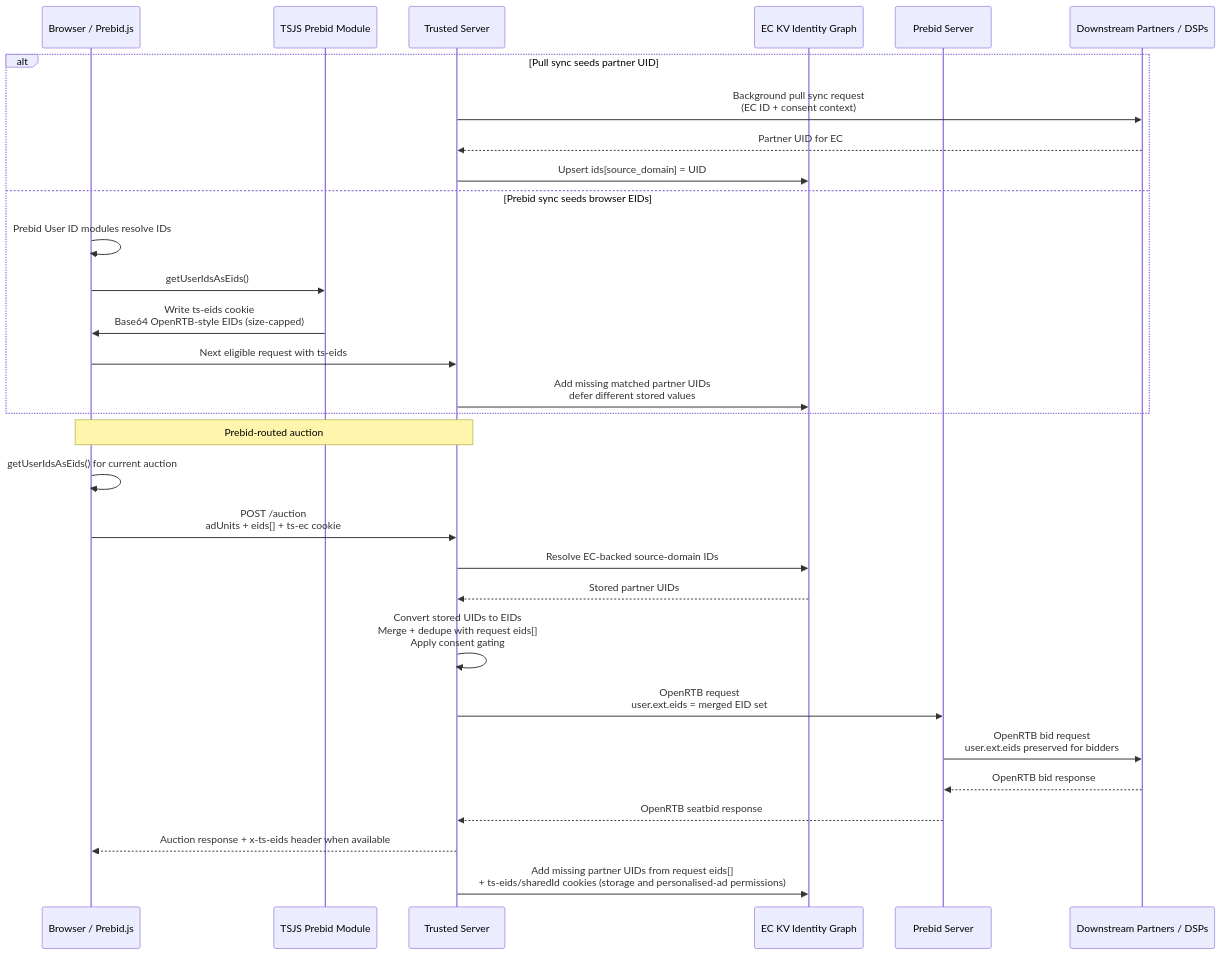
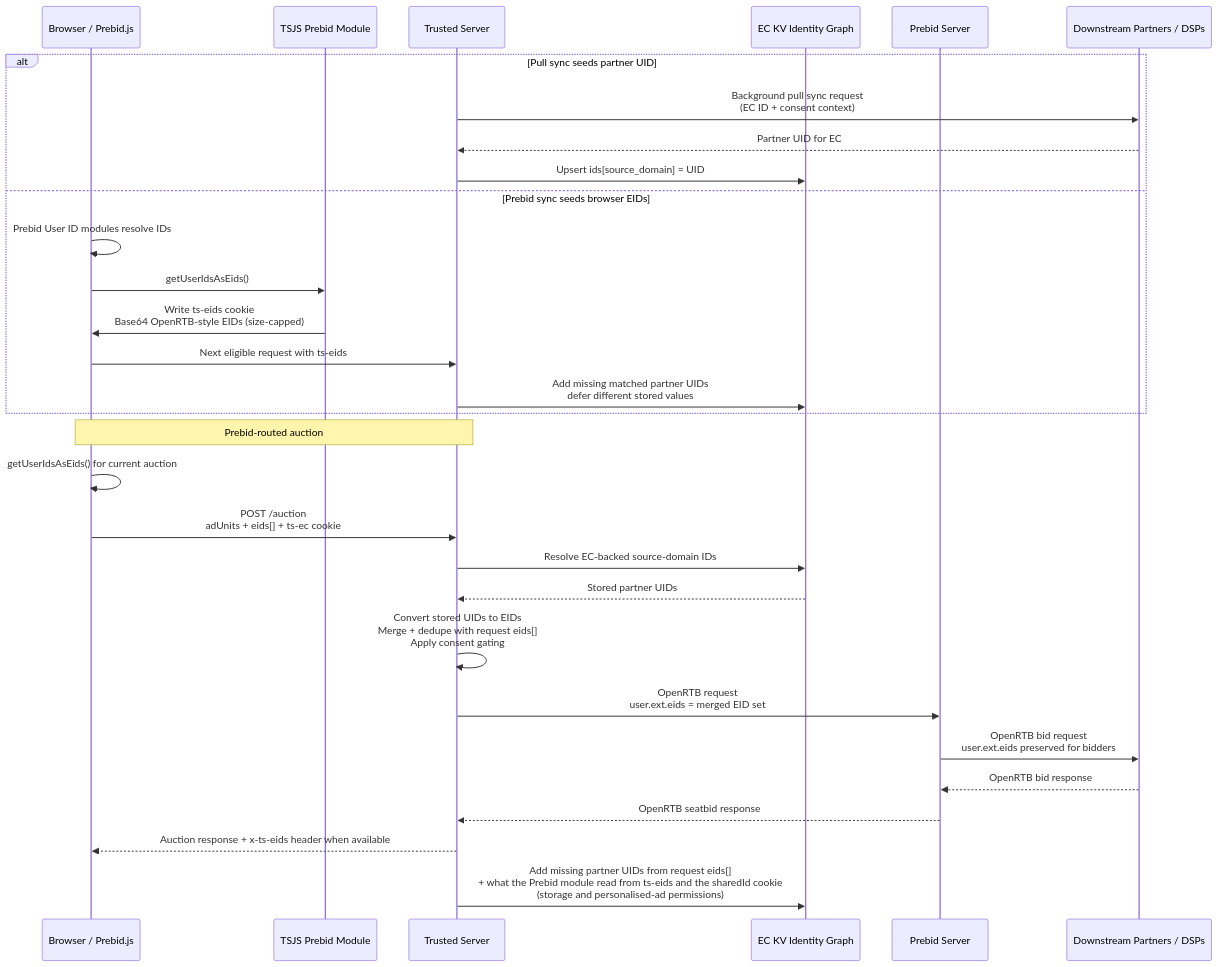
Before and after one commit to IABTechLab/trusted-server: the seventh of 7 diagrams in docs/guide/edge-cookies.md, drawn with Mermaid. The commit also changed other lines of this file and 26 other files, not shown here.

````diff
--- a/docs/guide/edge-cookies.md
+++ b/docs/guide/edge-cookies.md
@@ -220,34 +224,34 @@
 ```mermaid
 sequenceDiagram
     participant B as Browser / Prebid.js
     participant TSJS as TSJS Prebid Module
     participant TS as Trusted Server
     participant KV as EC KV Identity Graph
     participant PS as Prebid Server
     participant DSP as Downstream Partners / DSPs
 
     alt Pull sync seeds partner UID
         TS->>DSP: Background pull sync request<br/>(EC ID + consent context)
         DSP-->>TS: Partner UID for EC
         TS->>KV: Upsert ids[source_domain] = UID
     else Prebid sync seeds browser EIDs
         B->>B: Prebid User ID modules resolve IDs
         B->>TSJS: getUserIdsAsEids()
         TSJS->>B: Write ts-eids cookie<br/>Base64 OpenRTB-style EIDs (size-capped)
         B->>TS: Next eligible request with ts-eids
         TS->>KV: Add missing matched partner UIDs<br/>defer different stored values
     end
 
     Note over B,TS: Prebid-routed auction
     B->>B: getUserIdsAsEids() for current auction
     B->>TS: POST /auction<br/>adUnits + eids[] + ts-ec cookie
     TS->>KV: Resolve EC-backed source-domain IDs
     KV-->>TS: Stored partner UIDs
     TS->>TS: Convert stored UIDs to EIDs<br/>Merge + dedupe with request eids[]<br/>Apply consent gating
     TS->>PS: OpenRTB request<br/>user.ext.eids = merged EID set
     PS->>DSP: OpenRTB bid request<br/>user.ext.eids preserved for bidders
     DSP-->>PS: OpenRTB bid response
     PS-->>TS: OpenRTB seatbid response
     TS-->>B: Auction response + x-ts-eids header when available
-    TS->>KV: Add missing partner UIDs from request eids[]<br/>+ ts-eids/sharedId cookies (storage and personalised-ad permissions)
+    TS->>KV: Add missing partner UIDs from request eids[]<br/>+ what the Prebid module read from ts-eids and the sharedId cookie<br/>(storage and personalised-ad permissions)
 ```
````
